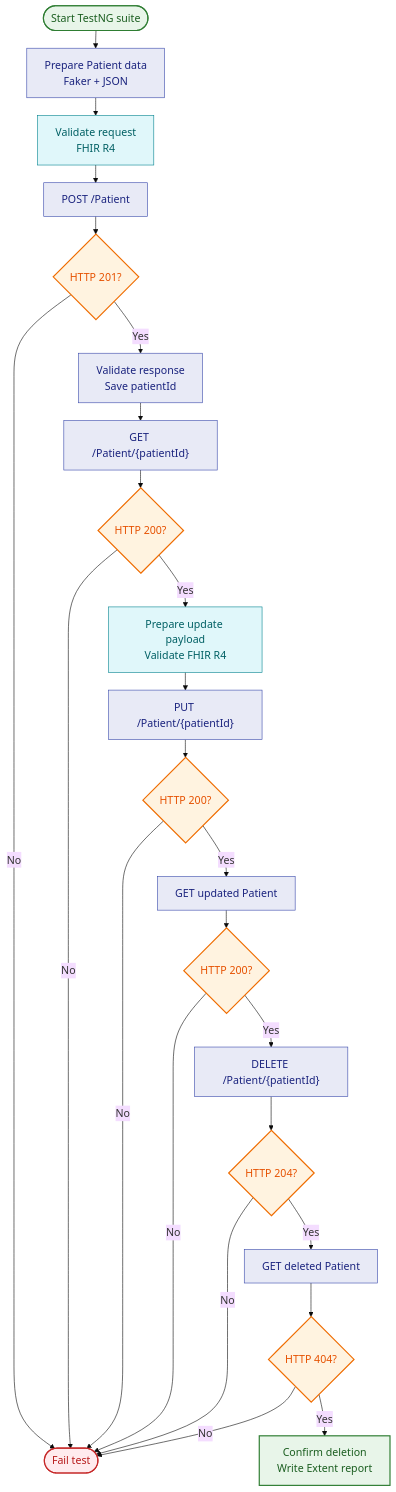
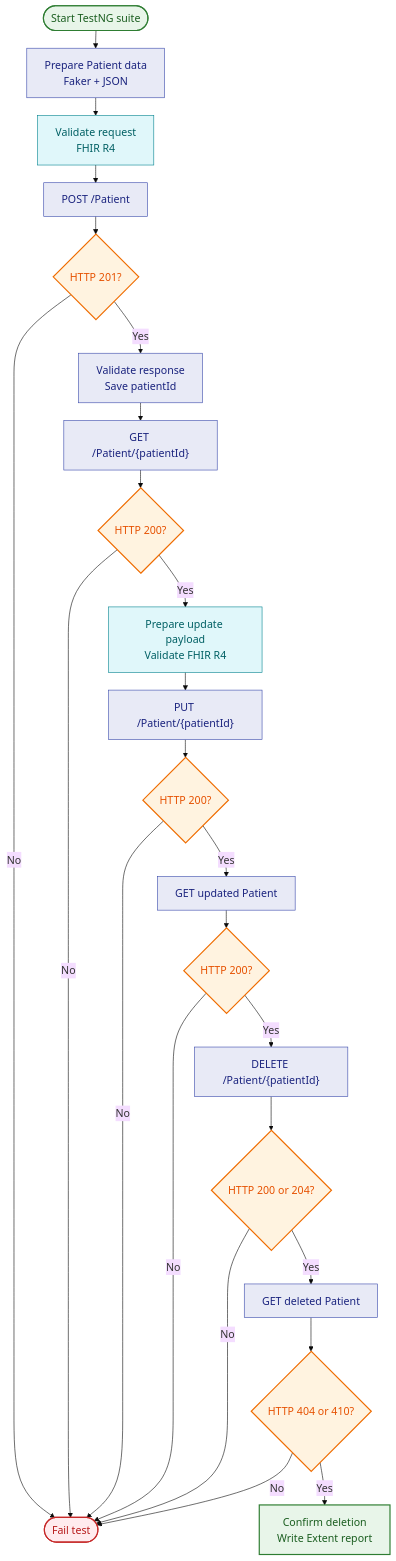
Before and after one commit to Sameer-Programmer/2026_RestassuredWorkFlowDemo_FHIR: the diagram in README.md, drawn with Mermaid. The commit also changed other lines of this file and 2 other files, not shown here.

Commit message:
test: verify FHIR Patient deletion flow

````diff
--- a/README.md
+++ b/README.md
@@ -76,40 +76,40 @@
 ```mermaid
 %%{init: {"theme": "base", "themeVariables": {"fontSize": "18px"}, "flowchart": {"nodeSpacing": 24, "rankSpacing": 30}}}%%
 flowchart TD
     A([Start TestNG suite]) --> B["Prepare Patient data<br/>Faker + JSON"]
     B --> C["Validate request<br/>FHIR R4"]
     C --> D["POST /Patient"]
     D --> E{HTTP 201?}
     E -- No --> X([Fail test])
     E -- Yes --> F["Validate response<br/>Save patientId"]
     F --> G["GET /Patient/{patientId}"]
     G --> H{HTTP 200?}
     H -- No --> X
     H -- Yes --> I["Prepare update payload<br/>Validate FHIR R4"]
     I --> J["PUT /Patient/{patientId}"]
     J --> K{HTTP 200?}
     K -- No --> X
     K -- Yes --> L["GET updated Patient"]
     L --> M{HTTP 200?}
     M -- No --> X
     M -- Yes --> N["DELETE /Patient/{patientId}"]
-    N --> O{HTTP 204?}
+    N --> O{HTTP 200 or 204?}
     O -- No --> X
     O -- Yes --> P["GET deleted Patient"]
-    P --> Q{HTTP 404?}
+    P --> Q{HTTP 404 or 410?}
     Q -- No --> X
     Q -- Yes --> R["Confirm deletion<br/>Write Extent report"]
 
     classDef start fill:#E8F5E9,stroke:#2E7D32,color:#1B5E20,stroke-width:2px;
     classDef action fill:#E8EAF6,stroke:#3949AB,color:#1A237E;
     classDef validation fill:#E0F7FA,stroke:#00838F,color:#006064;
     classDef decision fill:#FFF3E0,stroke:#EF6C00,color:#E65100,stroke-width:2px;
     classDef fail fill:#FFEBEE,stroke:#C62828,color:#B71C1C,stroke-width:2px;
     classDef store fill:#F3E5F5,stroke:#8E24AA,color:#4A148C;
 
     class A,R start;
     class B,D,F,G,J,L,N,P action;
     class C,I validation;
     class E,H,K,M,O,Q decision;
     class X fail;
 ```
````
